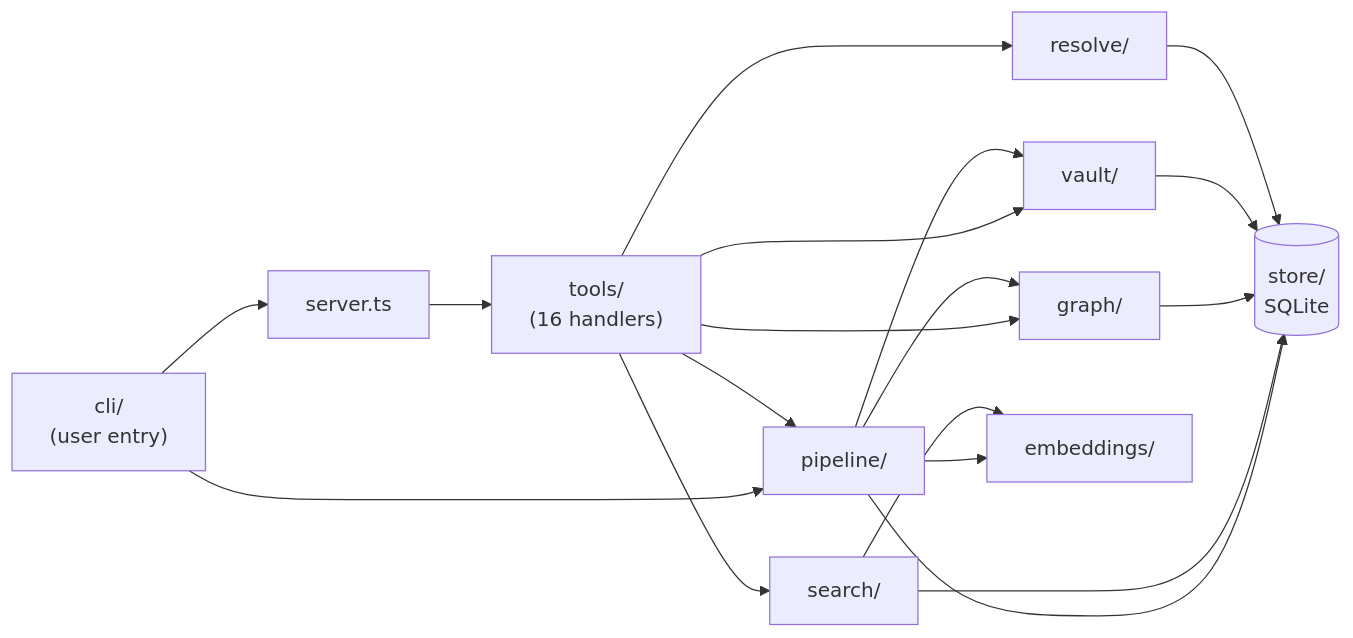
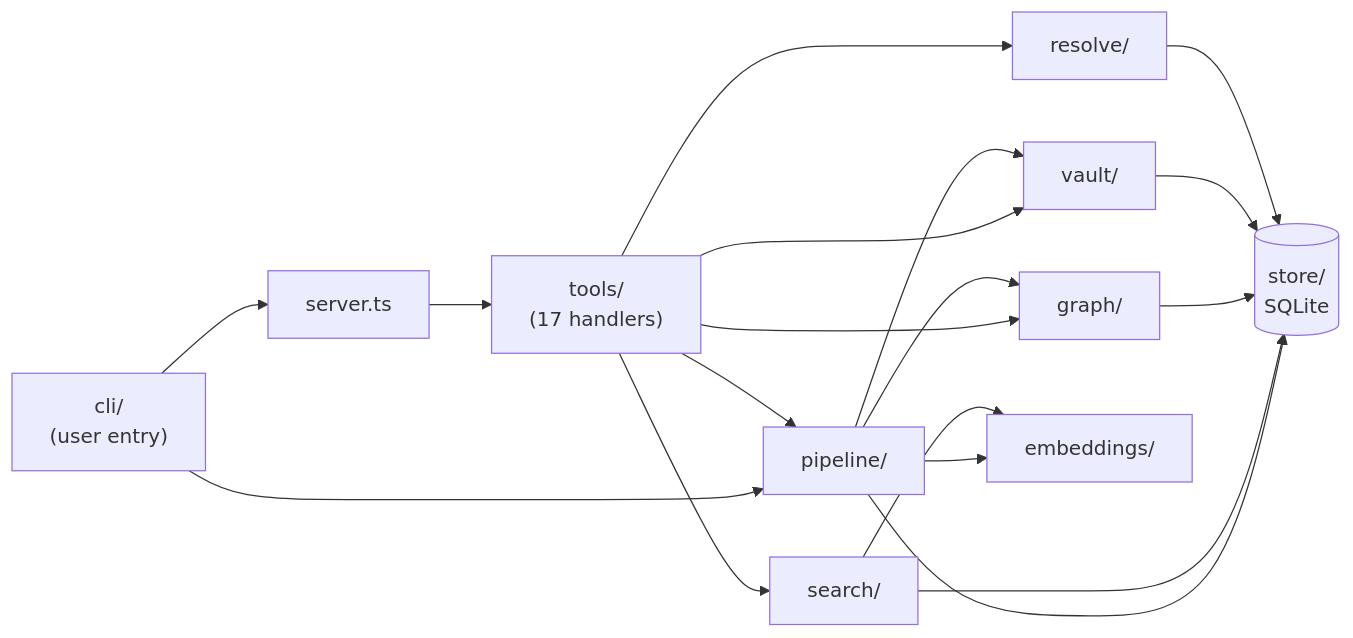
The first of 2 diagrams in docs/architecture.md (codeven-dev/obsidian-brain), drawn with Mermaid before and after one commit. The commit also changed other lines of this file and 22 other files, not shown here.

````diff
--- a/docs/architecture.md
+++ b/docs/architecture.md
@@ -7,20 +12,20 @@
 ```mermaid
 flowchart LR
     CLI["cli/<br/>(user entry)"] --> Server["server.ts"]
     CLI --> Pipeline["pipeline/"]
-    Server --> Tools["tools/<br/>(16 handlers)"]
+    Server --> Tools["tools/<br/>(17 handlers)"]
     Tools --> Pipeline
     Tools --> Search["search/"]
     Tools --> Graph["graph/"]
     Tools --> Vault["vault/"]
     Tools --> Resolve["resolve/"]
     Pipeline --> Vault
     Pipeline --> Embedder["embeddings/"]
     Pipeline --> Graph
     Search --> Embedder
     Pipeline --> Store[("store/<br/>SQLite")]
     Search --> Store
     Graph --> Store
     Vault --> Store
     Resolve --> Store
 ```
````
